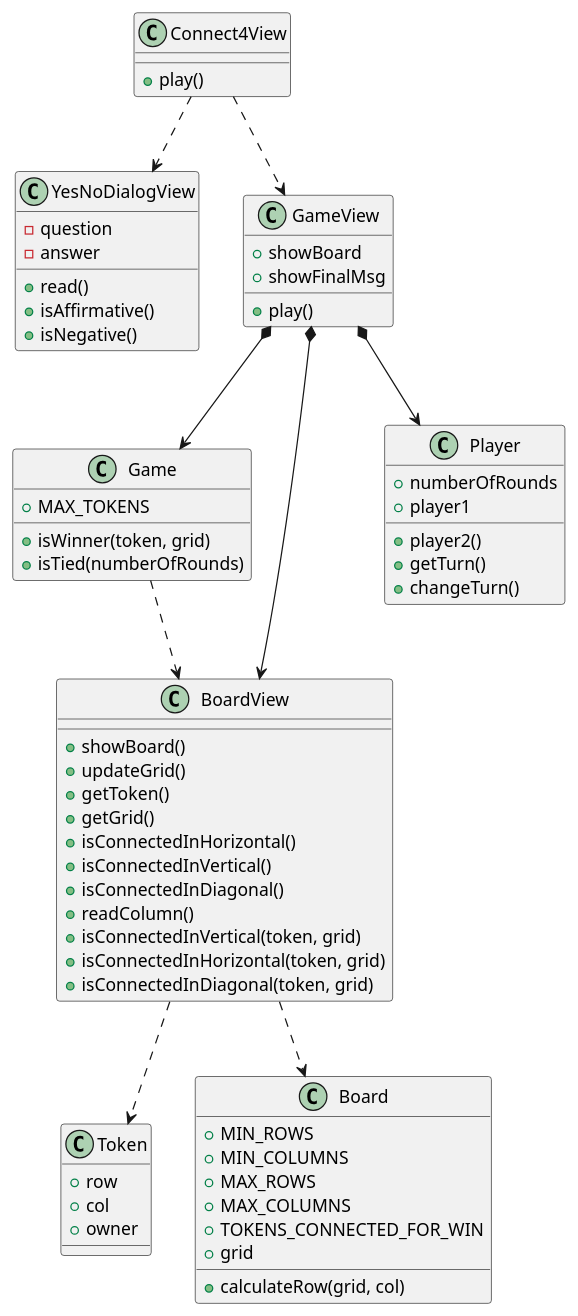
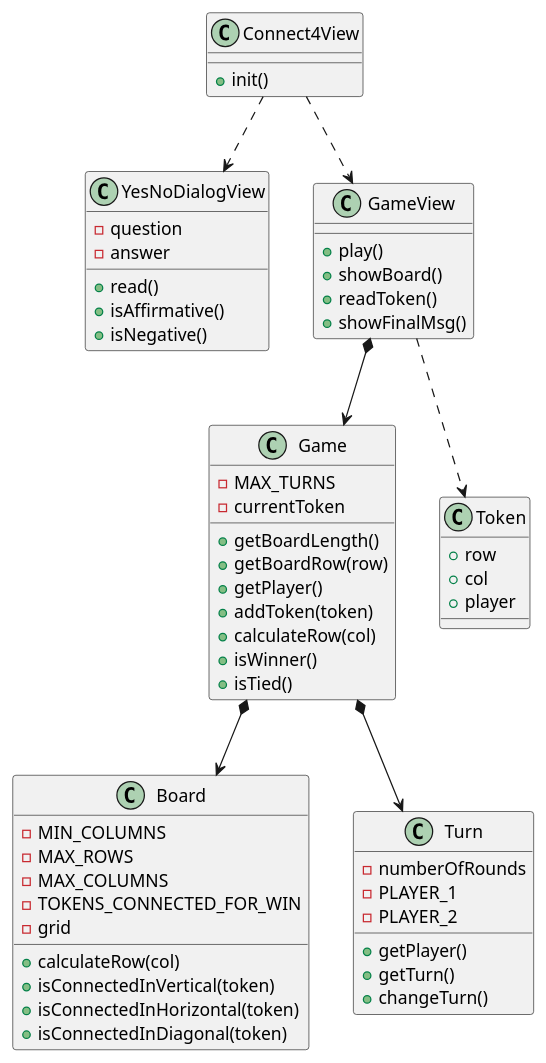
Before and after one commit to Edmundo-Ogaz/connect4: the diagram in con-vistas-separadas/diagramClass.plantuml, drawn with PlantUML. The commit also changed 2 other files, not shown here.

Commit message:
add token

```diff
--- a/con-vistas-separadas/diagramClass.plantuml
+++ b/con-vistas-separadas/diagramClass.plantuml
@@ -1,56 +1,52 @@
 @startuml
 Connect4View ..> YesNoDialogView
 Connect4View ..> GameView
-Connect4View : + play()
+Connect4View : + init()
 
 YesNoDialogView : - question
 YesNoDialogView : - answer
 YesNoDialogView : + read()
 YesNoDialogView : + isAffirmative()
 YesNoDialogView : + isNegative()
 
 GameView *--> Game
-GameView *--> BoardView
-GameView *--> Player
+GameView ..>Token
 GameView : + play()
-GameView : + showBoard
-GameView : + showFinalMsg
+GameView : + showBoard()
+GameView : + readToken()
+GameView : + showFinalMsg()
 
-Game : + MAX_TOKENS
-Game ..> BoardView
-Game : + isWinner(token, grid)
-Game : + isTied(numberOfRounds)
+Game : - MAX_TURNS
+Game : - currentToken
+Game *--> Board
+Game *--> Turn
+Game : + getBoardLength()
+Game : + getBoardRow(row)
+Game : + getPlayer()
+Game : + addToken(token)
+Game : + calculateRow(col)
+Game : + isWinner()
+Game : + isTied()
 
-BoardView ..> Token
-BoardView ..> Board
-BoardView : + showBoard()
-BoardView : + updateGrid()
-BoardView : + getToken()
-BoardView : + getGrid()
-BoardView : + isConnectedInHorizontal()
-BoardView : + isConnectedInVertical()
-BoardView : + isConnectedInDiagonal()
-BoardView : + readColumn()
+Board : - MIN_COLUMNS
+Board : - MAX_ROWS
+Board : - MAX_COLUMNS
+Board : - TOKENS_CONNECTED_FOR_WIN
+Board : - grid
+Board : + calculateRow(col)
+Board : + isConnectedInVertical(token)
+Board : + isConnectedInHorizontal(token)
+Board : + isConnectedInDiagonal(token)
 
-Board : + MIN_ROWS
-Board : + MIN_COLUMNS
-Board : + MAX_ROWS
-Board : + MAX_COLUMNS
-Board : + TOKENS_CONNECTED_FOR_WIN
-Board : + grid
-Board : + calculateRow(grid, col)
-BoardView : + isConnectedInVertical(token, grid)
-BoardView : + isConnectedInHorizontal(token, grid)
-BoardView : + isConnectedInDiagonal(token, grid)
+Turn : - numberOfRounds
+Turn : - PLAYER_1
+Turn : - PLAYER_2
+Turn : + getPlayer()
+Turn : + getTurn()
+Turn : + changeTurn()
 
-Token : +  row
-Token : +  col
-Token : +  owner
-
-Player : + numberOfRounds
-Player : + player1
-Player : + player2()
-Player : + getTurn()
-Player : + changeTurn()
+Token : + row
+Token : + col
+Token : + player
 
 @enduml
```
